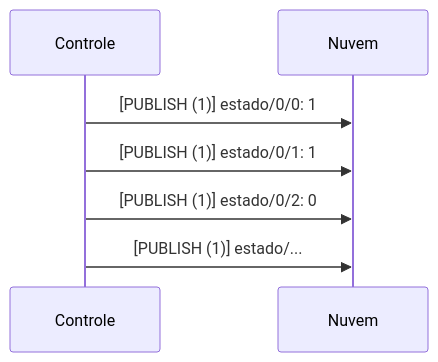
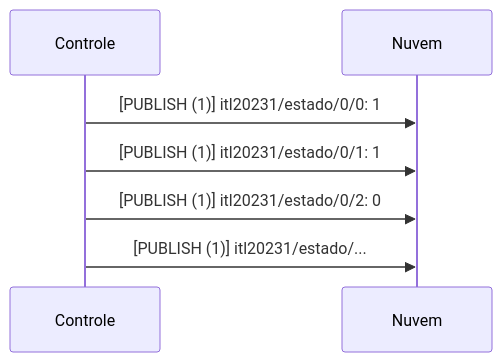
Before and after one commit to ederson-torresini/itl20231: the second of 5 diagrams in projeto-da-disciplina.md, drawn with Mermaid. The commit also changed other lines of this file and 2 other files, not shown here.

Commit message:
Adicionar prefixo itl20231 aos tópicos MQTT

````diff
--- a/projeto-da-disciplina.md
+++ b/projeto-da-disciplina.md
@@ -61,7 +62,7 @@
 ```mermaid
 sequenceDiagram
-Controle ->> Nuvem: [PUBLISH (1)] estado/0/0: 1
-Controle ->> Nuvem: [PUBLISH (1)] estado/0/1: 1
-Controle ->> Nuvem: [PUBLISH (1)] estado/0/2: 0
-Controle ->> Nuvem: [PUBLISH (1)] estado/...
+Controle ->> Nuvem: [PUBLISH (1)] itl20231/estado/0/0: 1
+Controle ->> Nuvem: [PUBLISH (1)] itl20231/estado/0/1: 1
+Controle ->> Nuvem: [PUBLISH (1)] itl20231/estado/0/2: 0
+Controle ->> Nuvem: [PUBLISH (1)] itl20231/estado/...
 ```
````
